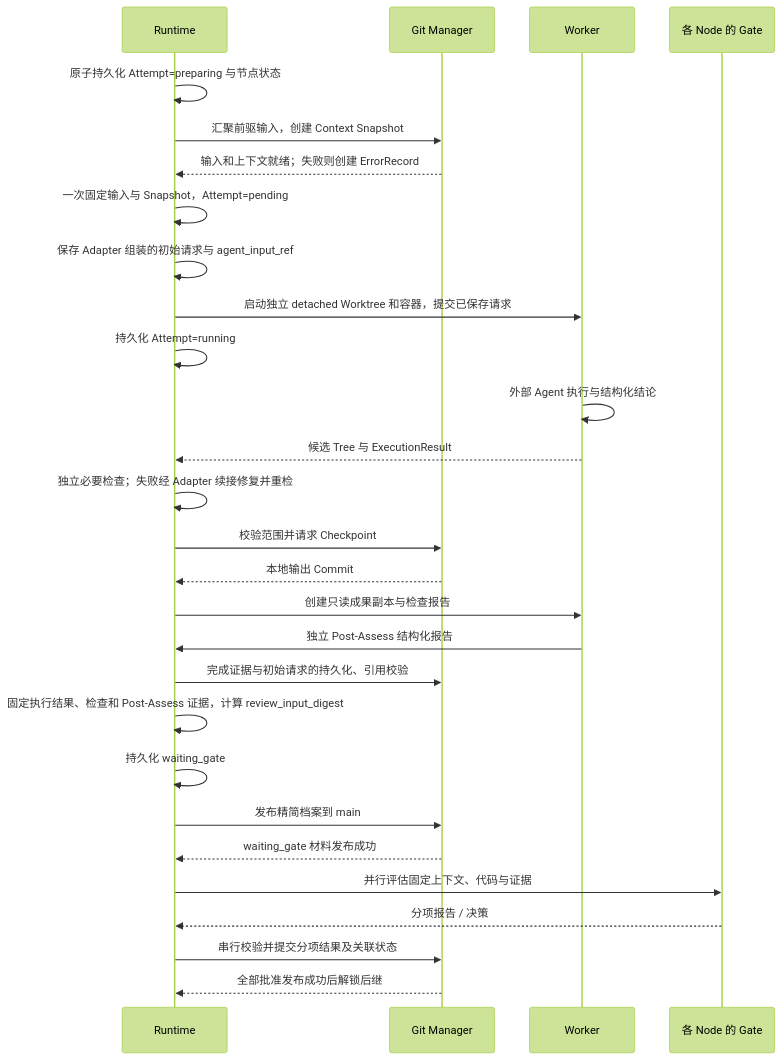
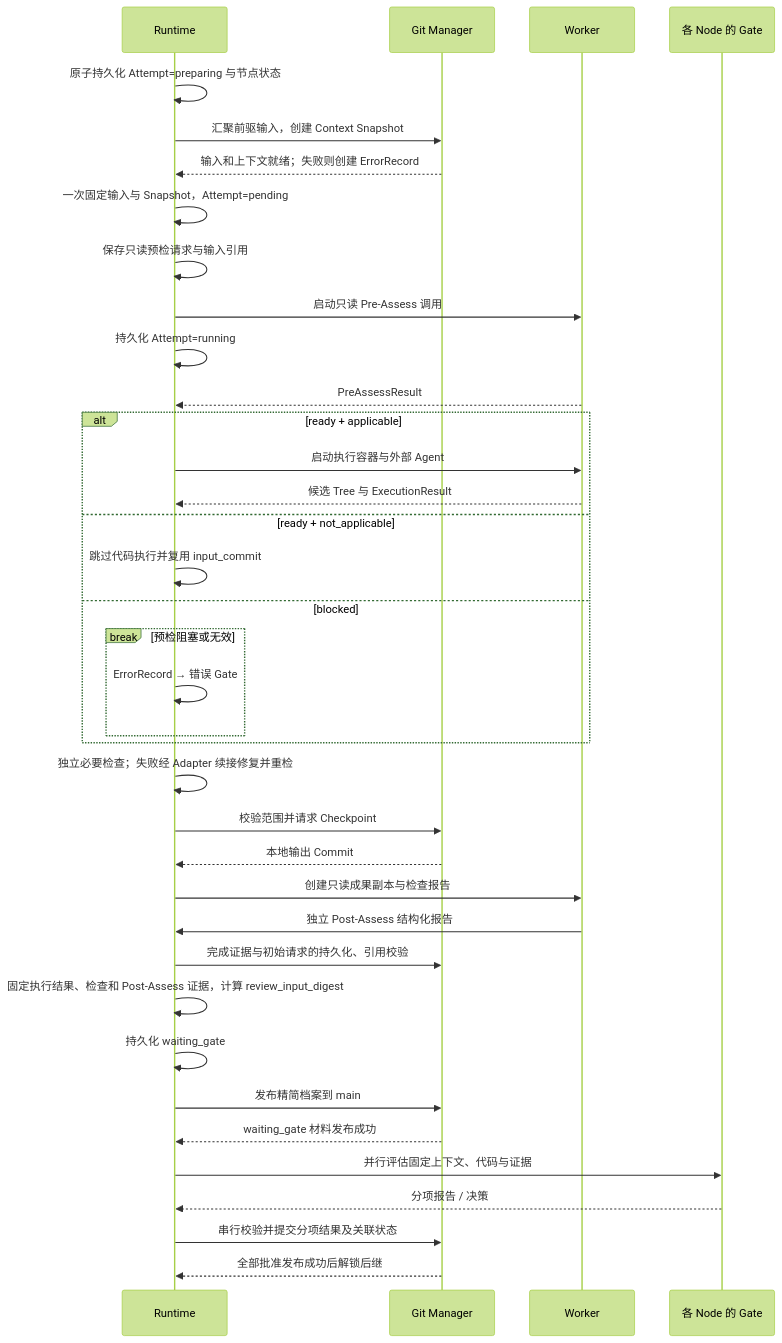
The diagram in design/04-execution.md (LingMessy/facetloom), drawn with Mermaid (forest theme) before and after one commit. The commit also changed other lines of this file and 7 other files, not shown here.

````diff
--- a/design/04-execution.md
+++ b/design/04-execution.md
@@ -7,30 +7,39 @@
 ```mermaid
 sequenceDiagram
     participant RT as Runtime
     participant GM as Git Manager
     participant W as Worker
     participant G as 各 Node 的 Gate
     RT->>RT: 原子持久化 Attempt=preparing 与节点状态
     RT->>GM: 汇聚前驱输入，创建 Context Snapshot
     GM-->>RT: 输入和上下文就绪；失败则创建 ErrorRecord
     RT->>RT: 一次固定输入与 Snapshot，Attempt=pending
-    RT->>RT: 保存 Adapter 组装的初始请求与 agent_input_ref
-    RT->>W: 启动独立 detached Worktree 和容器，提交已保存请求
+    RT->>RT: 保存只读预检请求与输入引用
+    RT->>W: 启动只读 Pre-Assess 调用
     RT->>RT: 持久化 Attempt=running
-    W->>W: 外部 Agent 执行与结构化结论
-    W-->>RT: 候选 Tree 与 ExecutionResult
+    W-->>RT: PreAssessResult
+    alt ready + applicable
+        RT->>W: 启动执行容器与外部 Agent
+        W-->>RT: 候选 Tree 与 ExecutionResult
+    else ready + not_applicable
+        RT->>RT: 跳过代码执行并复用 input_commit
+    else blocked
+        break 预检阻塞或无效
+            RT->>RT: ErrorRecord → 错误 Gate
+        end
+    end
     RT->>RT: 独立必要检查；失败经 Adapter 续接修复并重检
     RT->>GM: 校验范围并请求 Checkpoint
     GM-->>RT: 本地输出 Commit
     RT->>W: 创建只读成果副本与检查报告
     W->>RT: 独立 Post-Assess 结构化报告
     RT->>GM: 完成证据与初始请求的持久化、引用校验
     RT->>RT: 固定执行结果、检查和 Post-Assess 证据，计算 review_input_digest
     RT->>RT: 持久化 waiting_gate
     RT->>GM: 发布精简档案到 main
     GM-->>RT: waiting_gate 材料发布成功
     RT->>G: 并行评估固定上下文、代码与证据
     G-->>RT: 分项报告 / 决策
     RT->>GM: 串行校验并提交分项结果及关联状态
     GM-->>RT: 全部批准发布成功后解锁后继
 ```
````
